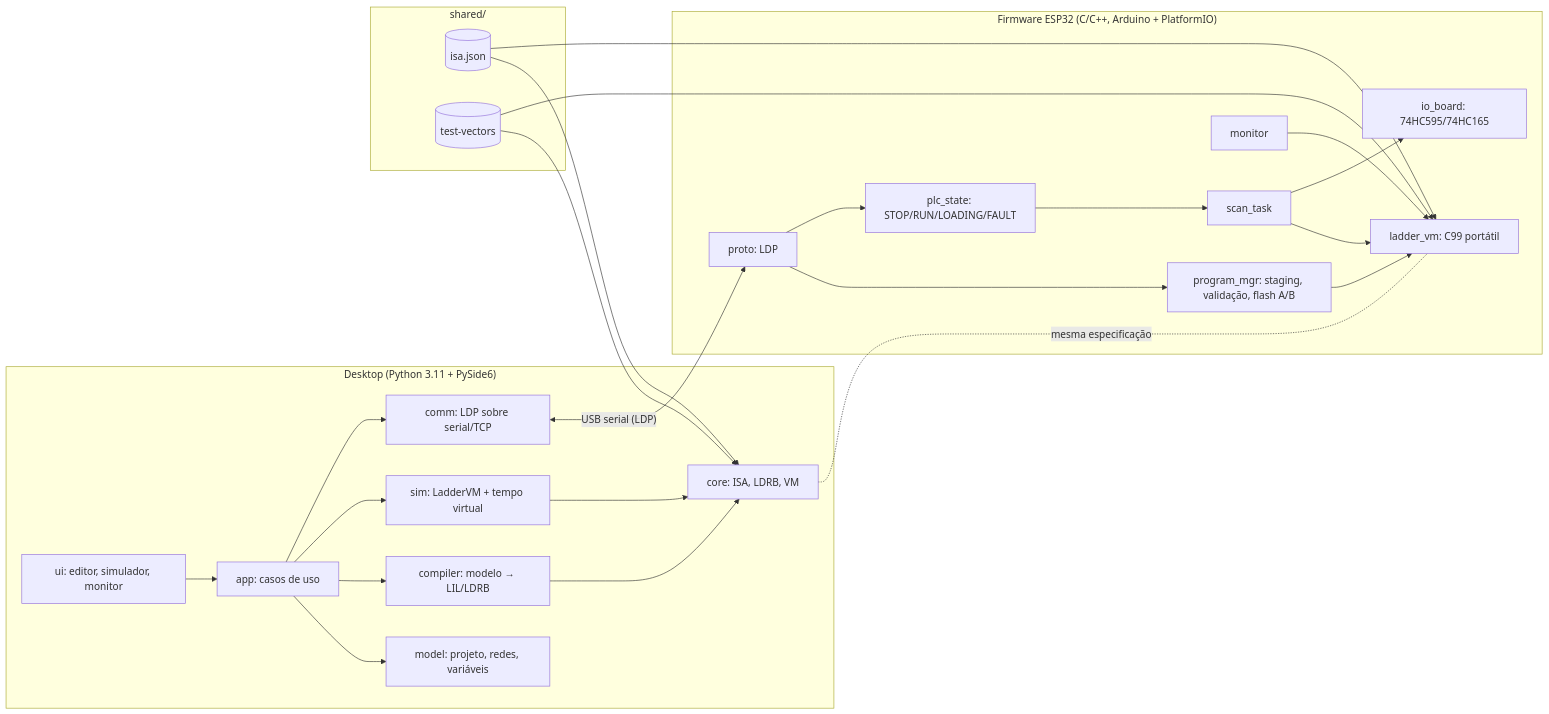
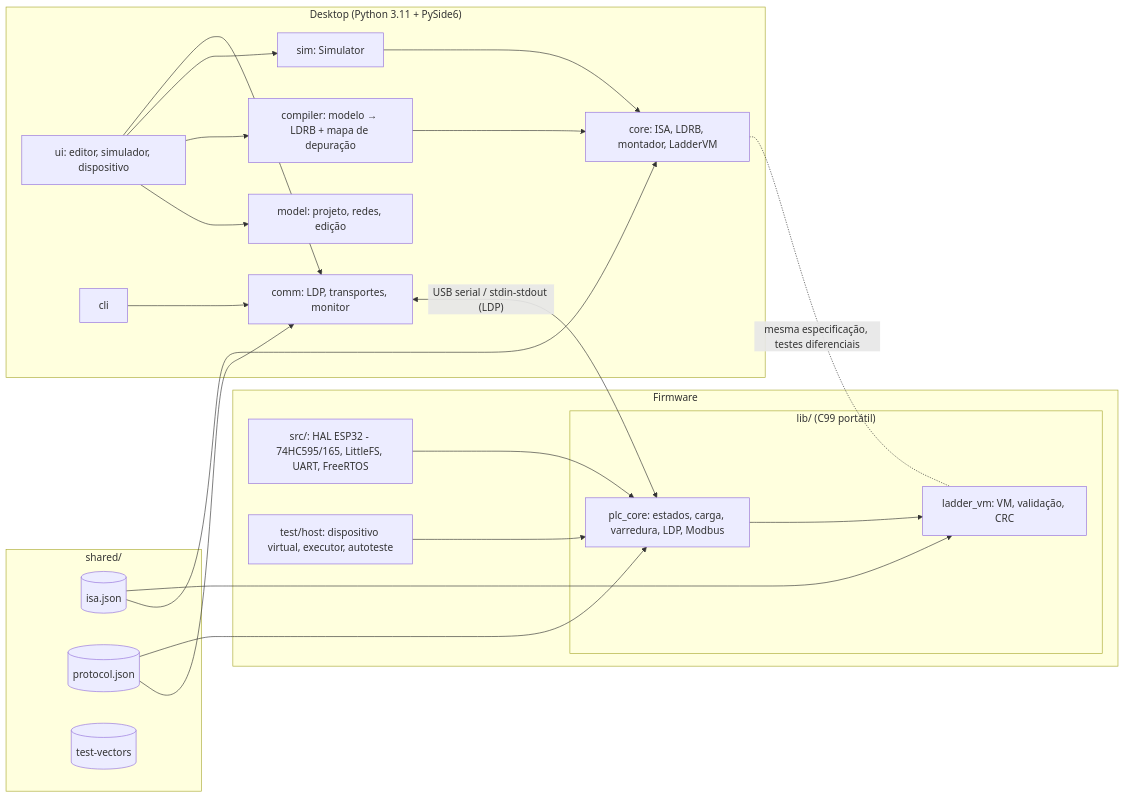
One commit to HenriqueHachimine/IDE-LADDER changed the first of 2 diagrams in docs/architecture.md. Above: the diagram before and after it, drawn with Mermaid. The commit also changed other lines of this file and 23 other files, not shown here.

````diff
--- a/docs/architecture.md
+++ b/docs/architecture.md
@@ -5,31 +5,34 @@
 ```mermaid
 flowchart LR
   subgraph Desktop["Desktop (Python 3.11 + PySide6)"]
-    UI[ui: editor, simulador, monitor] --> APP[app: casos de uso]
-    APP --> MODEL[model: projeto, redes, variáveis]
-    APP --> COMP[compiler: modelo → LIL/LDRB]
-    APP --> SIM[sim: LadderVM + tempo virtual]
-    APP --> COMM[comm: LDP sobre serial/TCP]
-    COMP --> CORE[core: ISA, LDRB, VM]
+    UI[ui: editor, simulador, dispositivo] --> MODEL[model: projeto, redes, edição]
+    UI --> COMP[compiler: modelo → LDRB + mapa de depuração]
+    UI --> SIM[sim: Simulator]
+    UI --> COMM[comm: LDP, transportes, monitor]
+    COMP --> CORE[core: ISA, LDRB, montador, LadderVM]
     SIM --> CORE
+    CLI[cli] --> COMM
   end
   subgraph Shared["shared/"]
     ISA[(isa.json)]
+    PROTO[(protocol.json)]
     TV[(test-vectors)]
   end
-  subgraph FW["Firmware ESP32 (C/C++, Arduino + PlatformIO)"]
-    PROTO[proto: LDP] --> PM[program_mgr: staging, validação, flash A/B]
-    PM --> VMC[ladder_vm: C99 portátil]
-    SCAN[scan_task] --> VMC
-    SCAN --> IO[io_board: 74HC595/74HC165]
-    SM[plc_state: STOP/RUN/LOADING/FAULT] --> SCAN
-    PROTO --> SM
-    MON[monitor] --> VMC
+  subgraph FW["Firmware"]
+    subgraph Portable["lib/ (C99 portátil)"]
+      VMC[ladder_vm: VM, validação, CRC]
+      CORE2[plc_core: estados, carga, varredura, LDP, Modbus]
+    end
+    ESP[src/: HAL ESP32 - 74HC595/165, LittleFS, UART, FreeRTOS]
+    HOST[test/host: dispositivo virtual, executor, autoteste]
+    ESP --> CORE2
+    HOST --> CORE2
+    CORE2 --> VMC
   end
-  CORE -. mesma especificação .- VMC
+  CORE -. mesma especificação, testes diferenciais .- VMC
   ISA --> CORE
   ISA --> VMC
-  TV --> CORE
-  TV --> VMC
-  COMM <-- "USB serial (LDP)" --> PROTO
+  PROTO --> COMM
+  PROTO --> CORE2
+  COMM <-- "USB serial / stdin-stdout (LDP)" --> CORE2
 ```
````
